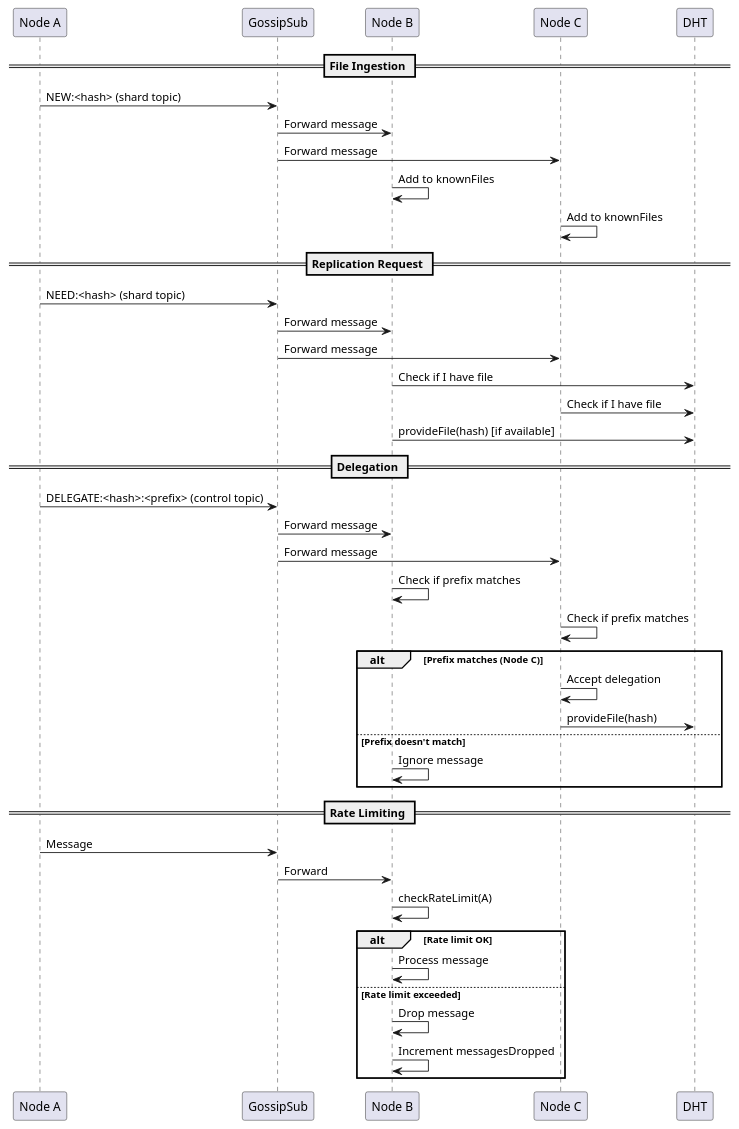
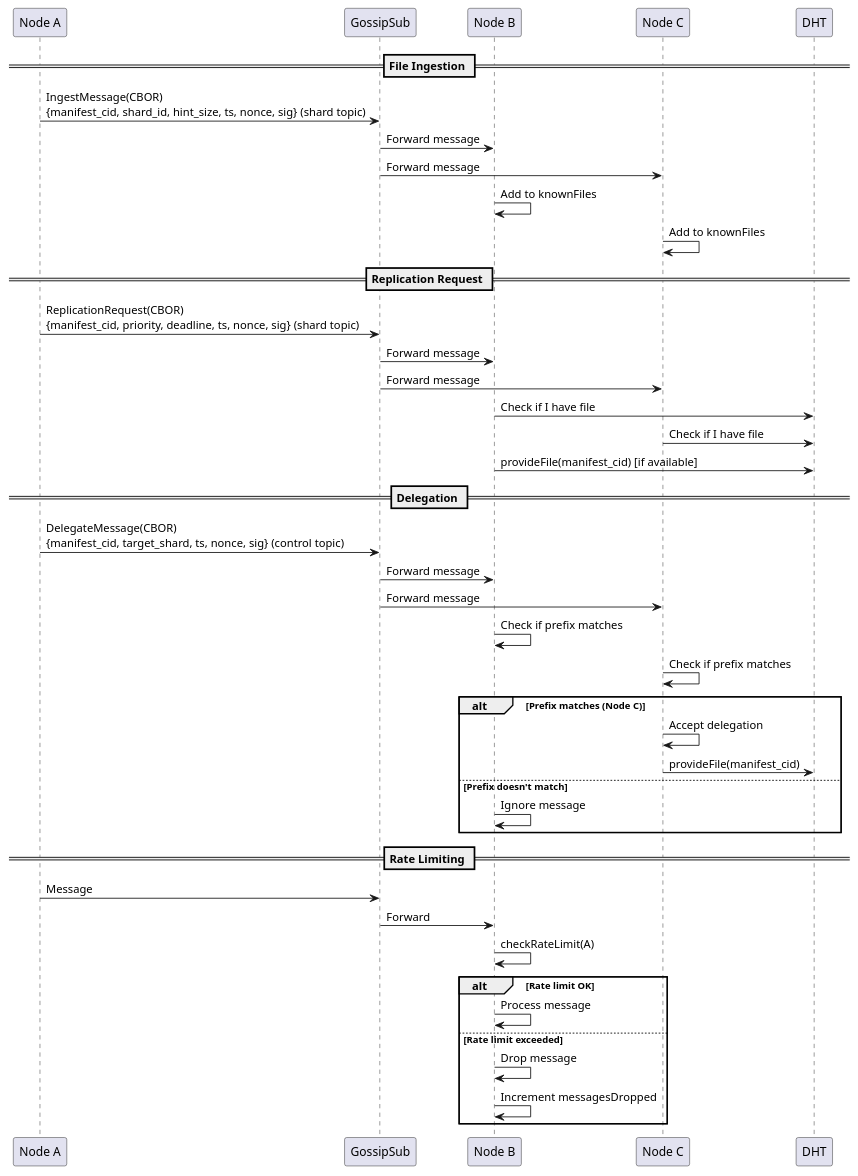
One commit to gipplab/D-LOCKSS changed the diagram in docs/message_flow.puml. Above: the diagram before and after it, drawn with PlantUML. The commit also changed 36 other files, not shown here.

```diff
--- a/docs/message_flow.puml
+++ b/docs/message_flow.puml
@@ -1,48 +1,48 @@
 @startuml Message Flow Diagram
 
 participant "Node A" as A
 participant "GossipSub" as GS
 participant "Node B" as B
 participant "Node C" as C
 participant "DHT" as DHT
 
 == File Ingestion ==
-A -> GS: NEW:<hash> (shard topic)
+A -> GS: IngestMessage(CBOR)\n{manifest_cid, shard_id, hint_size, ts, nonce, sig} (shard topic)
 GS -> B: Forward message
 GS -> C: Forward message
 B -> B: Add to knownFiles
 C -> C: Add to knownFiles
 
 == Replication Request ==
-A -> GS: NEED:<hash> (shard topic)
+A -> GS: ReplicationRequest(CBOR)\n{manifest_cid, priority, deadline, ts, nonce, sig} (shard topic)
 GS -> B: Forward message
 GS -> C: Forward message
 B -> DHT: Check if I have file
 C -> DHT: Check if I have file
-B -> DHT: provideFile(hash) [if available]
+B -> DHT: provideFile(manifest_cid) [if available]
 
 == Delegation ==
-A -> GS: DELEGATE:<hash>:<prefix> (control topic)
+A -> GS: DelegateMessage(CBOR)\n{manifest_cid, target_shard, ts, nonce, sig} (control topic)
 GS -> B: Forward message
 GS -> C: Forward message
 B -> B: Check if prefix matches
 C -> C: Check if prefix matches
 alt Prefix matches (Node C)
     C -> C: Accept delegation
-    C -> DHT: provideFile(hash)
+    C -> DHT: provideFile(manifest_cid)
 else Prefix doesn't match
     B -> B: Ignore message
 end
 
 == Rate Limiting ==
 A -> GS: Message
 GS -> B: Forward
 B -> B: checkRateLimit(A)
 alt Rate limit OK
     B -> B: Process message
 else Rate limit exceeded
     B -> B: Drop message
     B -> B: Increment messagesDropped
 end
 
 @enduml
```
